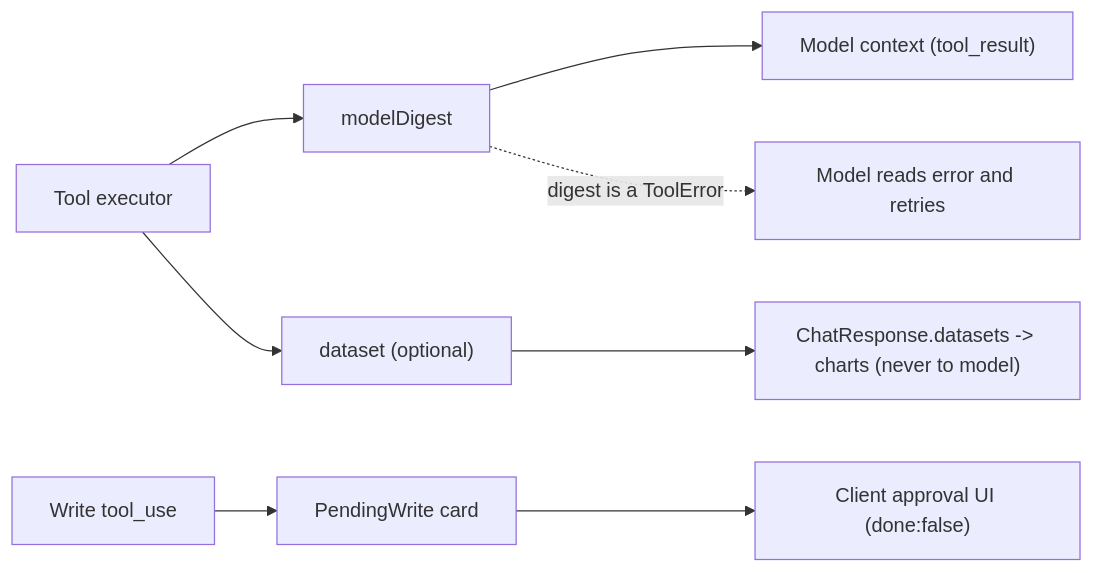
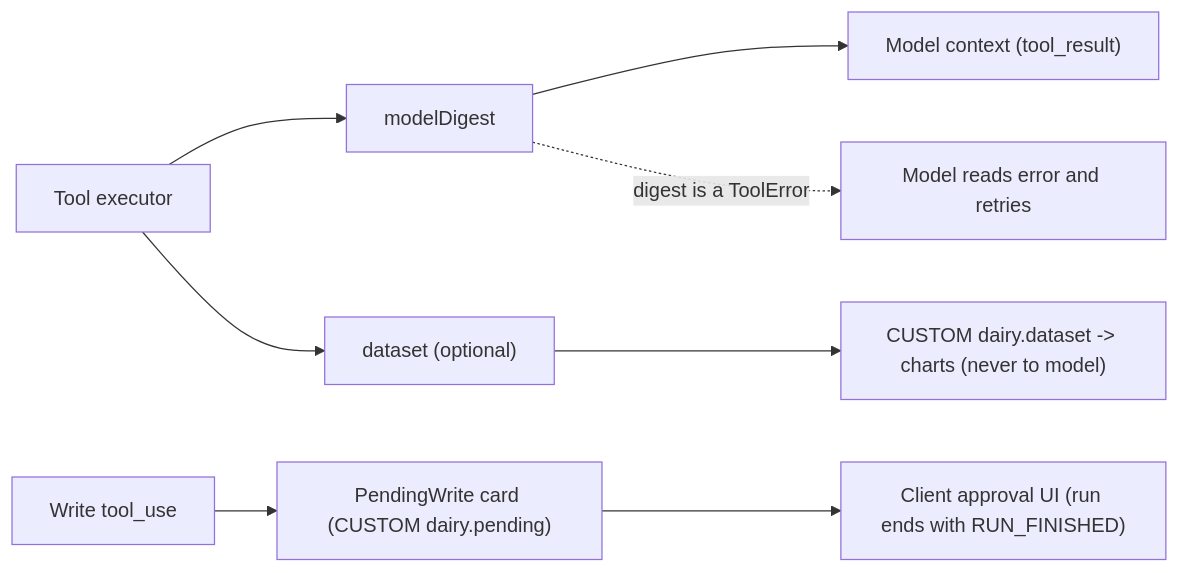
Before and after one commit to i-adnanali/dairy-agent: the second of 2 diagrams in docs/TECHNICAL.md, drawn with Mermaid. The commit also changed other lines of this file and 3 other files, not shown here.

First line of the commit message:
docs: fix architecture drift; remove stray artifacts

````diff
--- a/docs/TECHNICAL.md
+++ b/docs/TECHNICAL.md
@@ -140,12 +149,12 @@
 ```mermaid
 flowchart LR
     Exec["Tool executor"] --> Digest["modelDigest"]
     Exec --> Dataset["dataset (optional)"]
     Digest --> Model["Model context (tool_result)"]
-    Dataset --> Client["ChatResponse.datasets -> charts (never to model)"]
+    Dataset --> Client["CUSTOM dairy.dataset -> charts (never to model)"]
 
     Digest -.->|"digest is a ToolError"| Retry["Model reads error and retries"]
 
-    Write["Write tool_use"] --> Pending["PendingWrite card"]
-    Pending --> UI["Client approval UI (done:false)"]
+    Write["Write tool_use"] --> Pending["PendingWrite card (CUSTOM dairy.pending)"]
+    Pending --> UI["Client approval UI (run ends with RUN_FINISHED)"]
 ```
````
